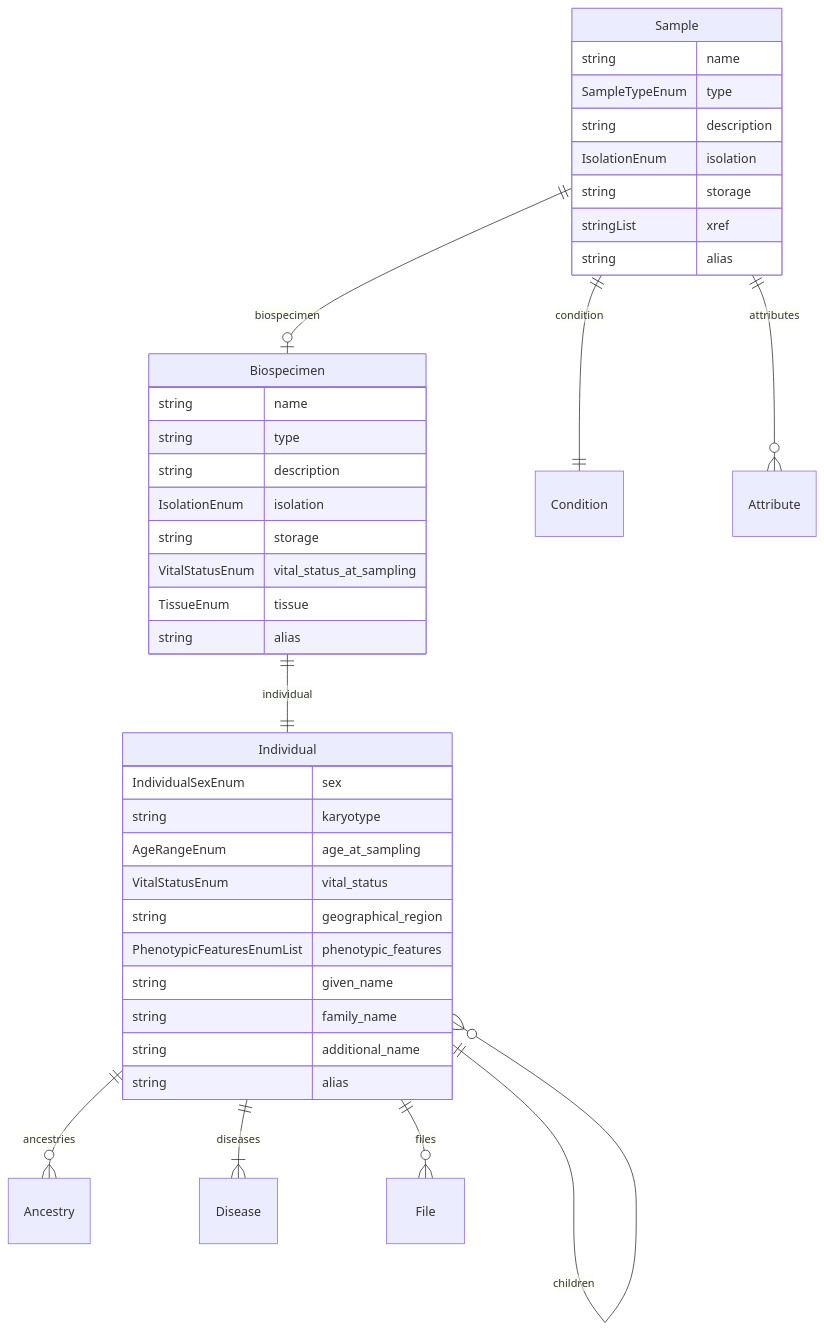
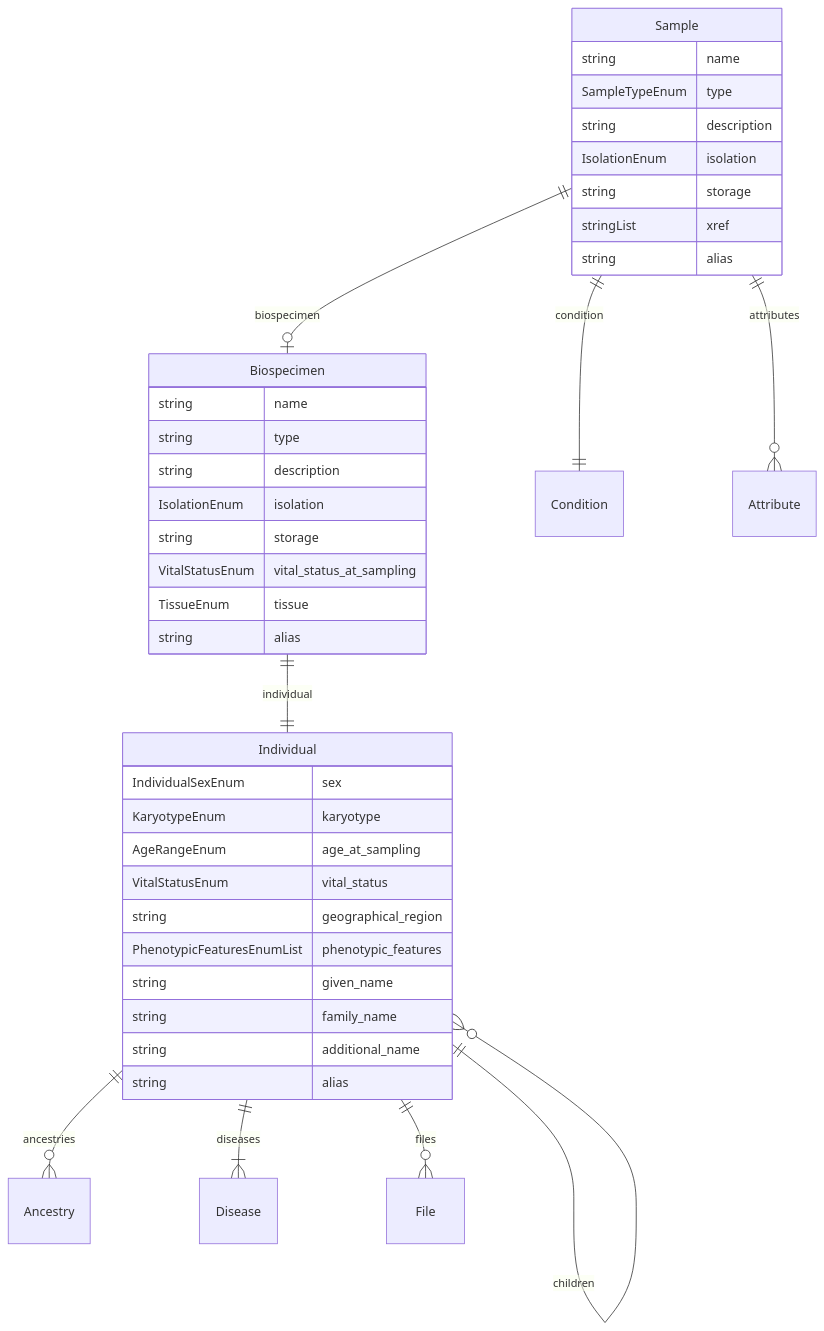
The fifth of 7 diagrams in docs/entity_relations.md (ghga-de/ghga-metadata-schema), drawn with Mermaid before and after one commit. The commit also changed 6 other files, not shown here.

Commit message:
Add KaryotypeEnum

````diff
--- a/docs/entity_relations.md
+++ b/docs/entity_relations.md
@@ -260,45 +260,45 @@
 ```mermaid
 erDiagram
 Individual {
     IndividualSexEnum sex  
-    string karyotype  
+    KaryotypeEnum karyotype  
     AgeRangeEnum age_at_sampling  
     VitalStatusEnum vital_status  
     string geographical_region  
     PhenotypicFeaturesEnumList phenotypic_features  
     string given_name  
     string family_name  
     string additional_name  
     string alias  
 }
 Biospecimen {
     string name  
     string type  
     string description  
     IsolationEnum isolation  
     string storage  
     VitalStatusEnum vital_status_at_sampling  
     TissueEnum tissue  
     string alias  
 }
 Sample {
     string name  
     SampleTypeEnum type  
     string description  
     IsolationEnum isolation  
     string storage  
     stringList xref  
     string alias  
 }
 
 Individual ||--}o Ancestry : "ancestries"
 Individual ||--}o Individual : "parents"
 Individual ||--}o Individual : "children"
 Individual ||--}| Disease : "diseases"
 Individual ||--}o File : "files"
 Biospecimen ||--|| Individual : "individual"
 Sample ||--|o Biospecimen : "biospecimen"
 Sample ||--|| Condition : "condition"
 Sample ||--}o Attribute : "attributes"
 
 ```
````
